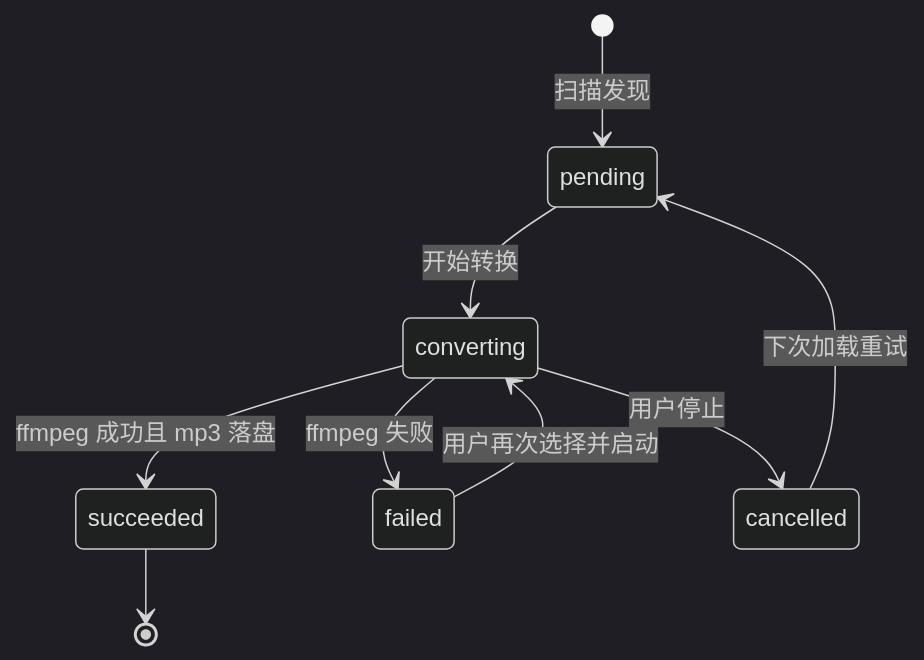
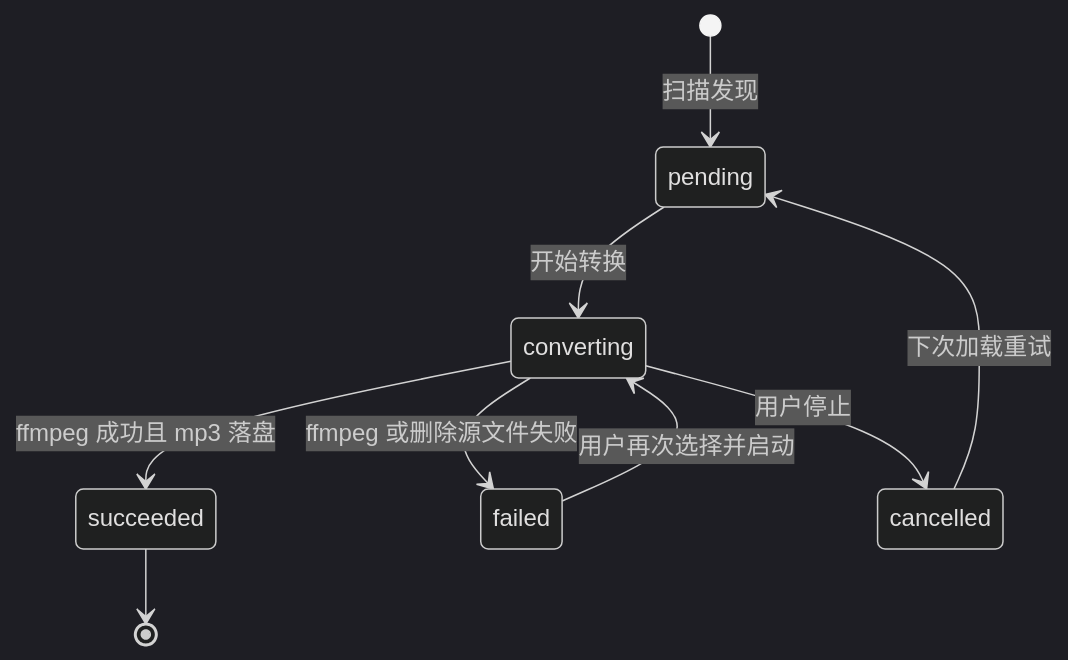
One commit to olojiang/convert_video_2_mp3 changed the second of 4 diagrams in local_docs/设计与实现说明.md. Above: the diagram before and after it, drawn with Mermaid (dark theme). The commit also changed other lines of this file and 11 other files, not shown here.

````diff
--- a/local_docs/设计与实现说明.md
+++ b/local_docs/设计与实现说明.md
@@ -32,11 +34,11 @@
 ```mermaid
 stateDiagram-v2
     [*] --> pending: 扫描发现
     pending --> converting: 开始转换
     converting --> succeeded: ffmpeg 成功且 mp3 落盘
-    converting --> failed: ffmpeg 失败
+    converting --> failed: ffmpeg 或删除源文件失败
     converting --> cancelled: 用户停止
     cancelled --> pending: 下次加载重试
     failed --> converting: 用户再次选择并启动
     succeeded --> [*]
 ```
````
